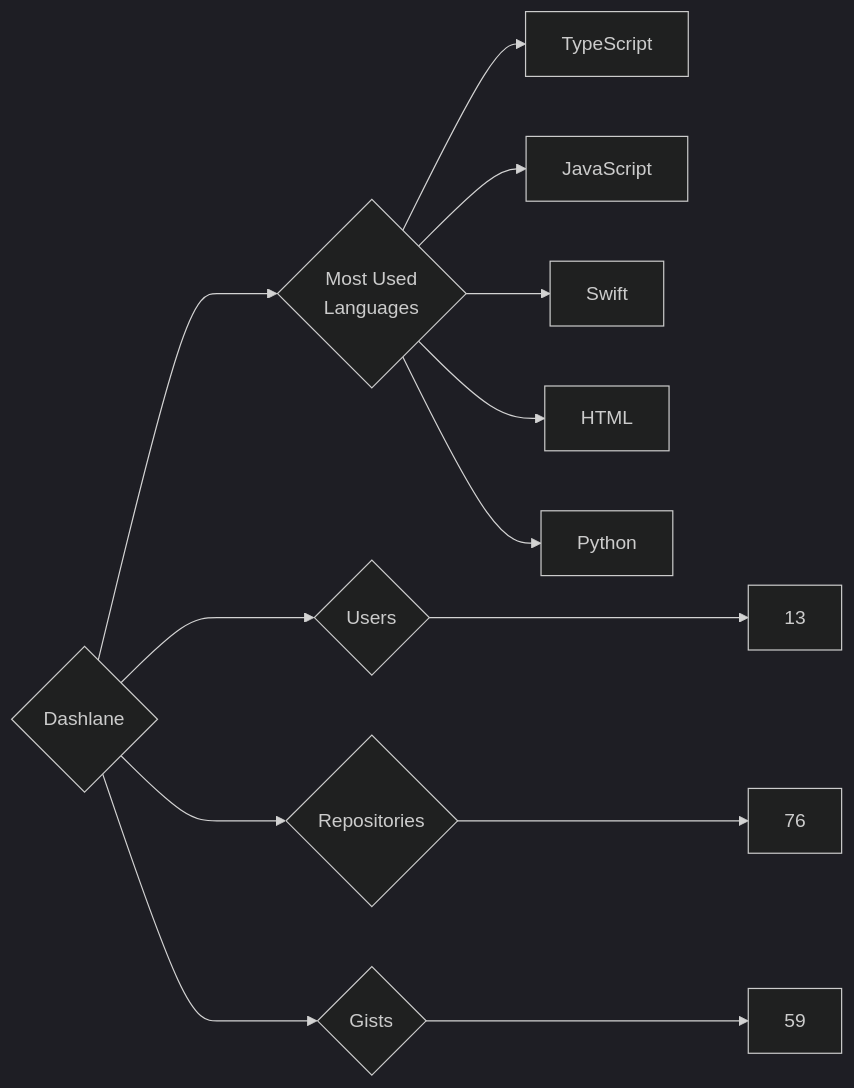
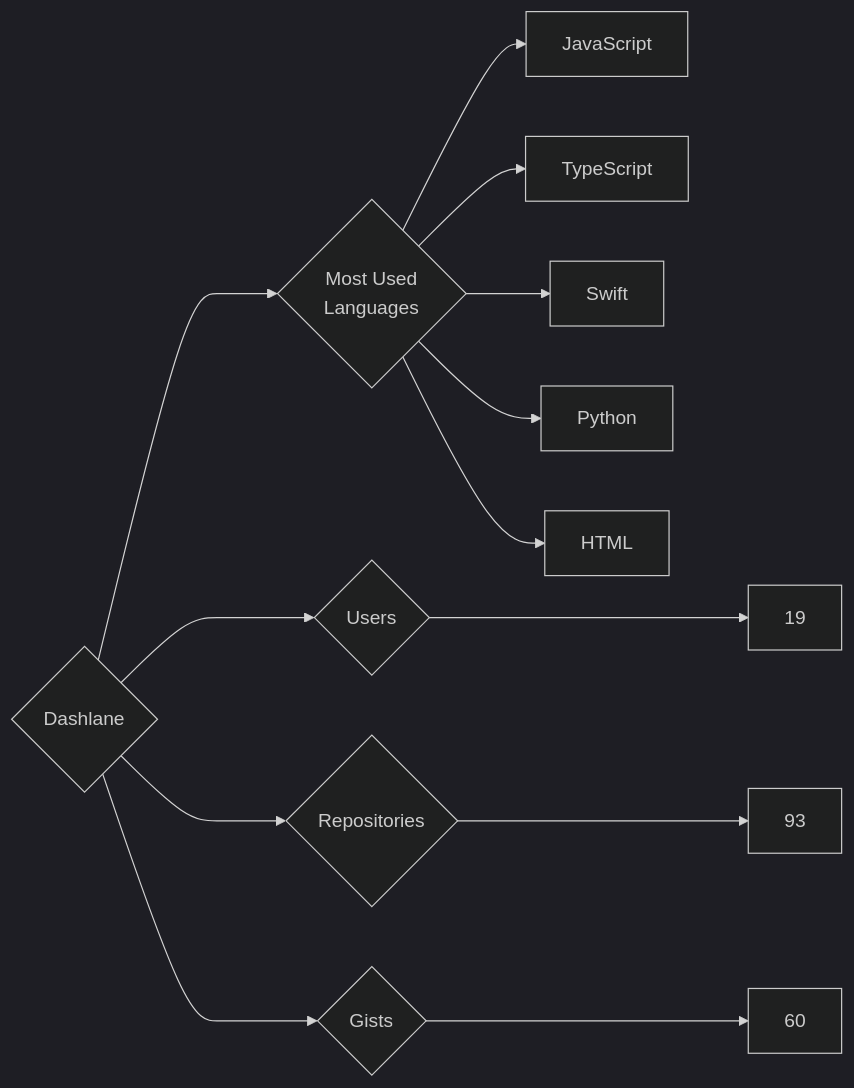
Before and after one commit to trickest/insiders: the diagram in targets/Dashlane/README.md, drawn with Mermaid (dark theme). The commit also changed 1195 other files, not shown here.

````diff
--- a/targets/Dashlane/README.md
+++ b/targets/Dashlane/README.md
@@ -3,13 +3,13 @@
 ```mermaid
 graph LR
 COMPANY_NAME{Dashlane}
-COMPANY_NAME ---> U{Users} ---> UN[13]
-COMPANY_NAME ---> R{Repositories} ---> RN[76]
-COMPANY_NAME ---> G{Gists} ---> GN[59]
+COMPANY_NAME ---> U{Users} ---> UN[19]
+COMPANY_NAME ---> R{Repositories} ---> RN[93]
+COMPANY_NAME ---> G{Gists} ---> GN[60]
 COMPANY_NAME ---> ML{Most Used<br>Languages}
+ML --> JavaScript[JavaScript]
 ML --> TypeScript[TypeScript]
-ML --> JavaScript[JavaScript]
 ML --> Swift[Swift]
+ML --> Python[Python]
 ML --> HTML[HTML]
-ML --> Python[Python]
 ```
````
